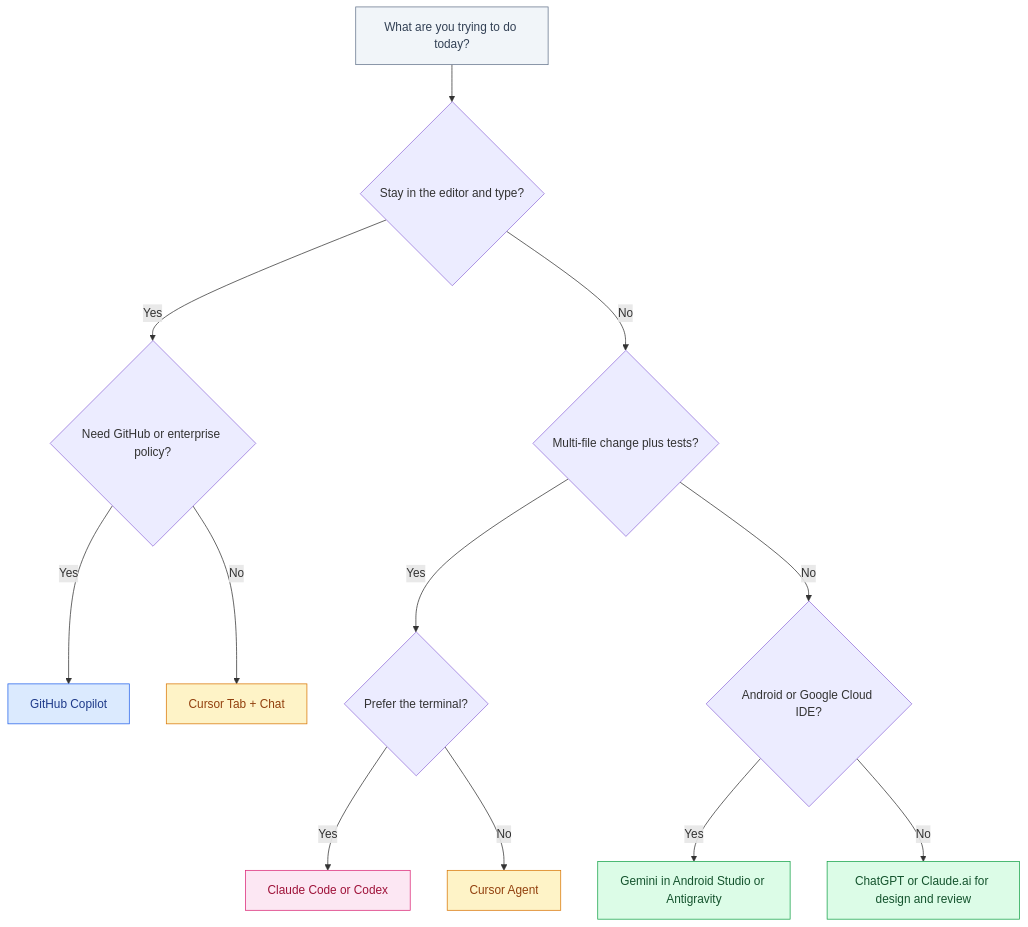
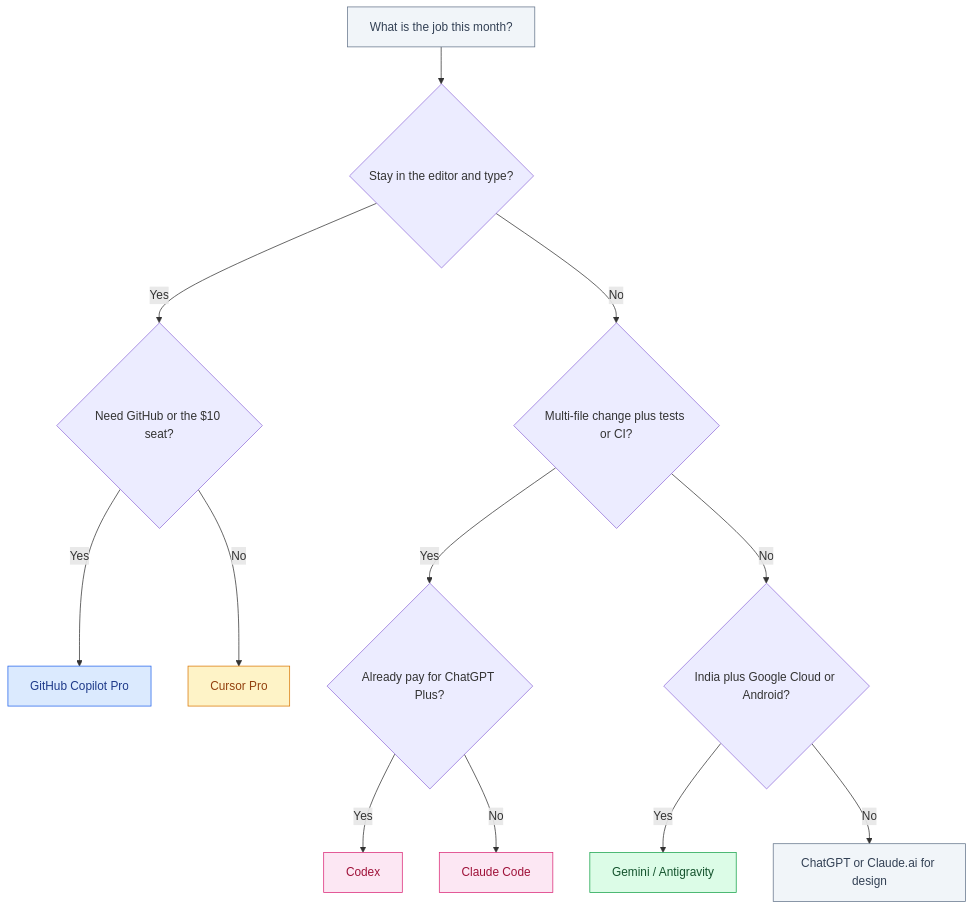
One commit to amarkum/stackcone changed the diagram in blog/md/best-ai-for-coding.md. Above: the diagram before and after it, drawn with Mermaid. The commit also changed other lines of this file and 77 other files, not shown here.

Commit message:
blog: publish eight comparison guides and fix diagram fullscreen on posts

````diff
--- a/blog/md/best-ai-for-coding.md
+++ b/blog/md/best-ai-for-coding.md
@@ -123,20 +159,20 @@
 ```mermaid
 flowchart TD
   classDef q fill:#f1f5f9,stroke:#64748b,color:#334155
   classDef tab fill:#dbeafe,stroke:#2563eb,color:#1e3a8a
   classDef agent fill:#fce7f3,stroke:#db2777,color:#9f1239
   classDef ide fill:#fef3c7,stroke:#d97706,color:#92400e
-  classDef chat fill:#dcfce7,stroke:#16a34a,color:#14532d
-  Start["What are you trying to do today?"]:::q
+  classDef goog fill:#dcfce7,stroke:#16a34a,color:#14532d
+  Start["What is the job this month?"]:::q
   Start --> Type{"Stay in the editor and type?"}
-  Type -->|Yes| Policy{"Need GitHub or enterprise policy?"}
-  Policy -->|Yes| Copilot["GitHub Copilot"]:::tab
-  Policy -->|No| Cursor["Cursor Tab + Chat"]:::ide
-  Type -->|No| Scope{"Multi-file change plus tests?"}
-  Scope -->|Yes| Term{"Prefer the terminal?"}
-  Term -->|Yes| CC["Claude Code or Codex"]:::agent
-  Term -->|No| CursorA["Cursor Agent"]:::ide
-  Scope -->|No| Mobile{"Android or Google Cloud IDE?"}
-  Mobile -->|Yes| Gem["Gemini in Android Studio or Antigravity"]:::chat
-  Mobile -->|No| Chat["ChatGPT or Claude.ai for design and review"]:::chat
+  Type -->|Yes| Policy{"Need GitHub or the $10 seat?"}
+  Policy -->|Yes| Copilot["GitHub Copilot Pro"]:::tab
+  Policy -->|No| Cursor["Cursor Pro"]:::ide
+  Type -->|No| Scope{"Multi-file change plus tests or CI?"}
+  Scope -->|Yes| Paid{"Already pay for ChatGPT Plus?"}
+  Paid -->|Yes| Codex["Codex"]:::agent
+  Paid -->|No| CC["Claude Code"]:::agent
+  Scope -->|No| IN{"India plus Google Cloud or Android?"}
+  IN -->|Yes| AG["Gemini / Antigravity"]:::goog
+  IN -->|No| Chat["ChatGPT or Claude.ai for design"]:::q
 ```
````
